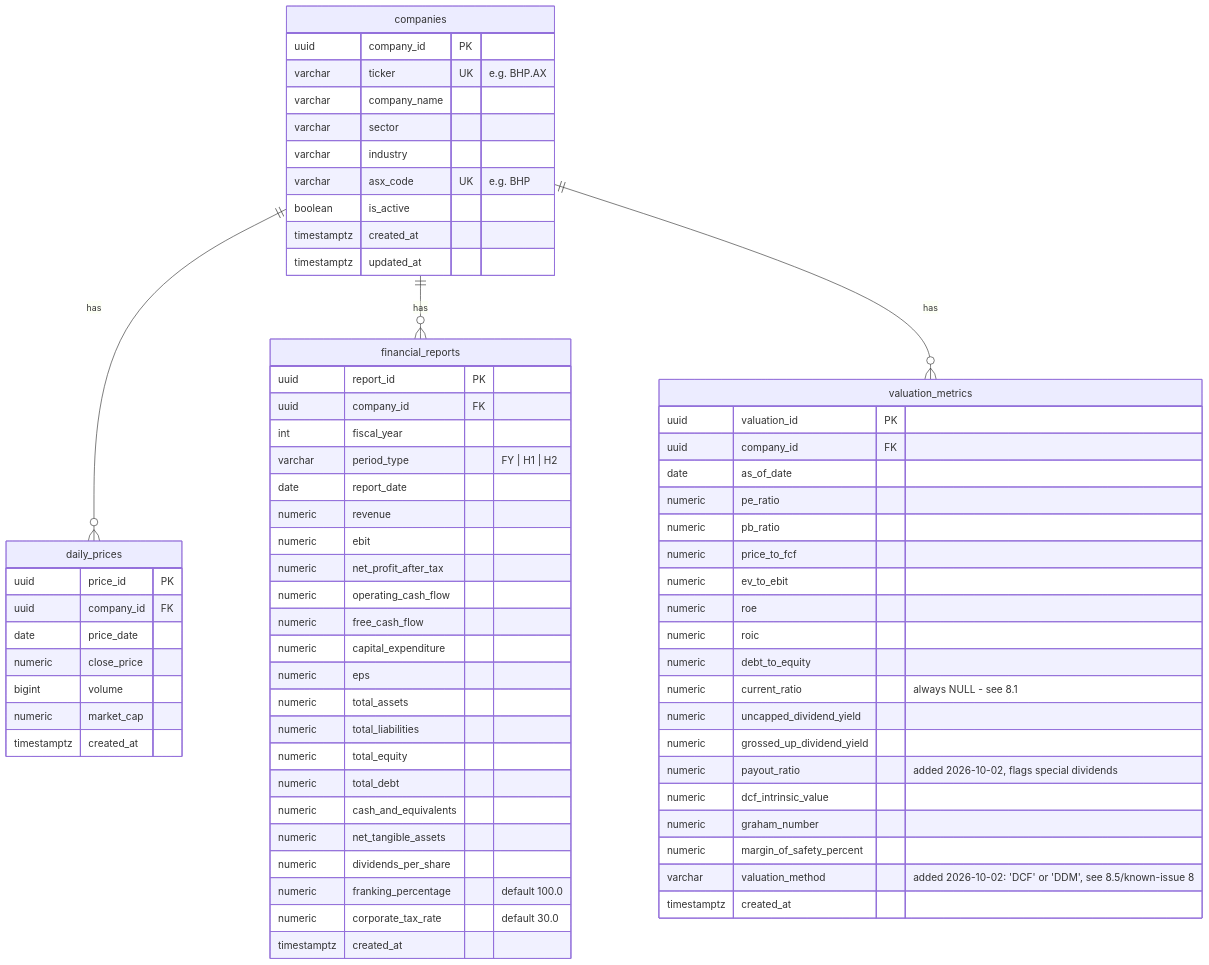
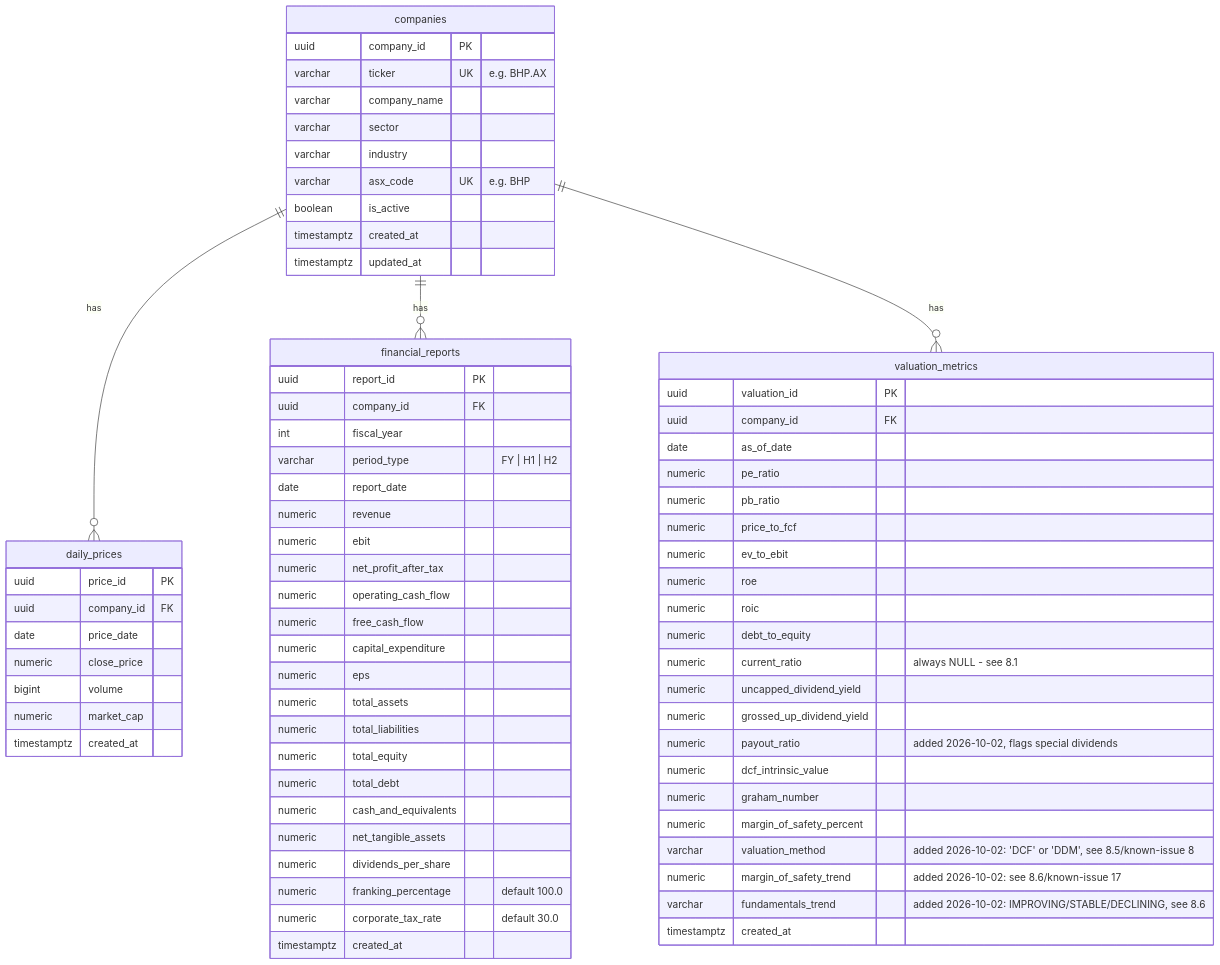
The second of 2 diagrams in docs/AS_BUILT.md (davidstangherlin/Portfolio), drawn with Mermaid before and after one commit. The commit also changed other lines of this file and 6 other files, not shown here.

````diff
--- a/docs/AS_BUILT.md
+++ b/docs/AS_BUILT.md
@@ -117,72 +117,74 @@
 ```mermaid
 erDiagram
     companies ||--o{ daily_prices : has
     companies ||--o{ financial_reports : has
     companies ||--o{ valuation_metrics : has
 
     companies {
         uuid company_id PK
         varchar ticker UK "e.g. BHP.AX"
         varchar company_name
         varchar sector
         varchar industry
         varchar asx_code UK "e.g. BHP"
         boolean is_active
         timestamptz created_at
         timestamptz updated_at
     }
     daily_prices {
         uuid price_id PK
         uuid company_id FK
         date price_date
         numeric close_price
         bigint volume
         numeric market_cap
         timestamptz created_at
     }
     financial_reports {
         uuid report_id PK
         uuid company_id FK
         int fiscal_year
         varchar period_type "FY | H1 | H2"
         date report_date
         numeric revenue
         numeric ebit
         numeric net_profit_after_tax
         numeric operating_cash_flow
         numeric free_cash_flow
         numeric capital_expenditure
         numeric eps
         numeric total_assets
         numeric total_liabilities
         numeric total_equity
         numeric total_debt
         numeric cash_and_equivalents
         numeric net_tangible_assets
         numeric dividends_per_share
         numeric franking_percentage "default 100.0"
         numeric corporate_tax_rate "default 30.0"
         timestamptz created_at
     }
     valuation_metrics {
         uuid valuation_id PK
         uuid company_id FK
         date as_of_date
         numeric pe_ratio
         numeric pb_ratio
         numeric price_to_fcf
         numeric ev_to_ebit
         numeric roe
         numeric roic
         numeric debt_to_equity
         numeric current_ratio "always NULL - see 8.1"
         numeric uncapped_dividend_yield
         numeric grossed_up_dividend_yield
         numeric payout_ratio "added 2026-10-02, flags special dividends"
         numeric dcf_intrinsic_value
         numeric graham_number
         numeric margin_of_safety_percent
         varchar valuation_method "added 2026-10-02: 'DCF' or 'DDM', see 8.5/known-issue 8"
+        numeric margin_of_safety_trend "added 2026-10-02: see 8.6/known-issue 17"
+        varchar fundamentals_trend "added 2026-10-02: IMPROVING/STABLE/DECLINING, see 8.6"
         timestamptz created_at
     }
 ```
````
